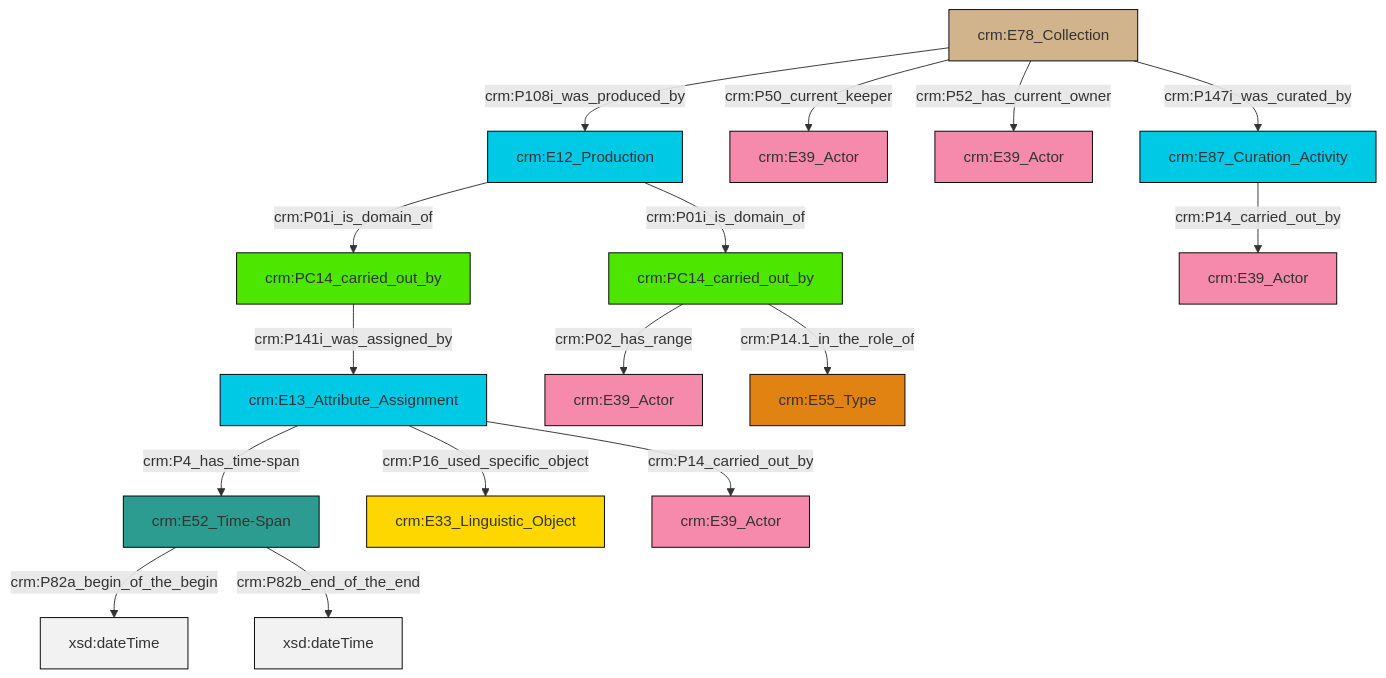
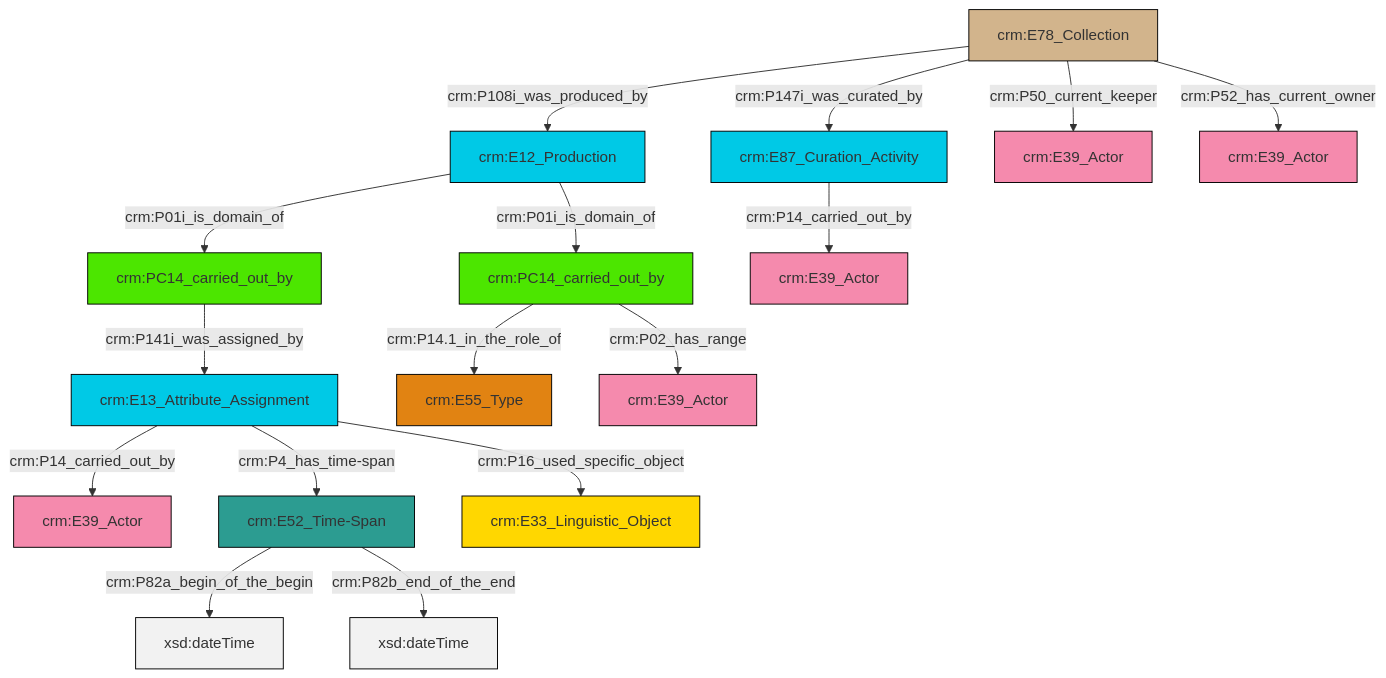
One commit to swiss-art-research-net/docs.swissartresearch changed the diagram in et/archivalCSV/ttl/mmd/archival_relation.ttl.mmd. Above: the diagram before and after it, drawn with Mermaid. The commit also changed 179 other files, not shown here.

```diff
--- a/et/archivalCSV/ttl/mmd/archival_relation.ttl.mmd
+++ b/et/archivalCSV/ttl/mmd/archival_relation.ttl.mmd
@@ -1,30 +1,30 @@
 graph TD
 classDef Literal fill:#f2f2f2,stroke:#000000;
 classDef CRM_Entity fill:#FFFFFF,stroke:#000000;
 classDef Temporal_Entity fill:#00C9E6, stroke:#000000;
 classDef Type fill:#E18312, stroke:#000000;
 classDef Time-Span fill:#2C9C91, stroke:#000000;
 classDef Appellation fill:#FFEB7F, stroke:#000000;
 classDef Place fill:#008836, stroke:#000000;
 classDef Persistent_Item fill:#B266B2, stroke:#000000;
 classDef Conceptual_Object fill:#FFD700, stroke:#000000;
 classDef Physical_Thing fill:#D2B48C, stroke:#000000;
 classDef Actor fill:#f58aad, stroke:#000000;
 classDef PC_Classes fill:#4ce600, stroke:#000000;
 classDef Multi fill:#cccccc,stroke:#000000;
 
-0["crm:PC14_carried_out_by"]:::PC_Classes -->|crm:P02_has_range| 1["crm:E39_Actor"]:::Actor
-3["crm:E12_Production"]:::Temporal_Entity -->|crm:P01i_is_domain_of| 4["crm:PC14_carried_out_by"]:::PC_Classes
-5["crm:E13_Attribute_Assignment"]:::Temporal_Entity -->|crm:P4_has_time-span| 6["crm:E52_Time-Span"]:::Time-Span
-14["crm:E78_Collection"]:::Physical_Thing -->|crm:P108i_was_produced_by| 3["crm:E12_Production"]:::Temporal_Entity
-14["crm:E78_Collection"]:::Physical_Thing -->|crm:P50_current_keeper| 7["crm:E39_Actor"]:::Actor
-6["crm:E52_Time-Span"]:::Time-Span -->|crm:P82a_begin_of_the_begin| 17[xsd:dateTime]:::Literal
-4["crm:PC14_carried_out_by"]:::PC_Classes -->|crm:P141i_was_assigned_by| 5["crm:E13_Attribute_Assignment"]:::Temporal_Entity
-3["crm:E12_Production"]:::Temporal_Entity -->|crm:P01i_is_domain_of| 0["crm:PC14_carried_out_by"]:::PC_Classes
-14["crm:E78_Collection"]:::Physical_Thing -->|crm:P52_has_current_owner| 15["crm:E39_Actor"]:::Actor
-0["crm:PC14_carried_out_by"]:::PC_Classes -->|crm:P14.1_in_the_role_of| 9["crm:E55_Type"]:::Type
-14["crm:E78_Collection"]:::Physical_Thing -->|crm:P147i_was_curated_by| 23["crm:E87_Curation_Activity"]:::Temporal_Entity
-23["crm:E87_Curation_Activity"]:::Temporal_Entity -->|crm:P14_carried_out_by| 21["crm:E39_Actor"]:::Actor
-6["crm:E52_Time-Span"]:::Time-Span -->|crm:P82b_end_of_the_end| 28[xsd:dateTime]:::Literal
-5["crm:E13_Attribute_Assignment"]:::Temporal_Entity -->|crm:P16_used_specific_object| 12["crm:E33_Linguistic_Object"]:::Conceptual_Object
-5["crm:E13_Attribute_Assignment"]:::Temporal_Entity -->|crm:P14_carried_out_by| 26["crm:E39_Actor"]:::Actor
+0["crm:E12_Production"]:::Temporal_Entity -->|crm:P01i_is_domain_of| 4["crm:PC14_carried_out_by"]:::PC_Classes
+5["crm:E78_Collection"]:::Physical_Thing -->|crm:P50_current_keeper| 6["crm:E39_Actor"]:::Actor
+9["crm:E13_Attribute_Assignment"]:::Temporal_Entity -->|crm:P14_carried_out_by| 12["crm:E39_Actor"]:::Actor
+2["crm:E87_Curation_Activity"]:::Temporal_Entity -->|crm:P14_carried_out_by| 15["crm:E39_Actor"]:::Actor
+17["crm:E52_Time-Span"]:::Time-Span -->|crm:P82a_begin_of_the_begin| 18[xsd:dateTime]:::Literal
+5["crm:E78_Collection"]:::Physical_Thing -->|crm:P52_has_current_owner| 19["crm:E39_Actor"]:::Actor
+5["crm:E78_Collection"]:::Physical_Thing -->|crm:P147i_was_curated_by| 2["crm:E87_Curation_Activity"]:::Temporal_Entity
+0["crm:E12_Production"]:::Temporal_Entity -->|crm:P01i_is_domain_of| 13["crm:PC14_carried_out_by"]:::PC_Classes
+4["crm:PC14_carried_out_by"]:::PC_Classes -->|crm:P02_has_range| 23["crm:E39_Actor"]:::Actor
+9["crm:E13_Attribute_Assignment"]:::Temporal_Entity -->|crm:P16_used_specific_object| 25["crm:E33_Linguistic_Object"]:::Conceptual_Object
+9["crm:E13_Attribute_Assignment"]:::Temporal_Entity -->|crm:P4_has_time-span| 17["crm:E52_Time-Span"]:::Time-Span
+17["crm:E52_Time-Span"]:::Time-Span -->|crm:P82b_end_of_the_end| 26[xsd:dateTime]:::Literal
+5["crm:E78_Collection"]:::Physical_Thing -->|crm:P108i_was_produced_by| 0["crm:E12_Production"]:::Temporal_Entity
+4["crm:PC14_carried_out_by"]:::PC_Classes -->|crm:P14.1_in_the_role_of| 20["crm:E55_Type"]:::Type
+13["crm:PC14_carried_out_by"]:::PC_Classes -->|crm:P141i_was_assigned_by| 9["crm:E13_Attribute_Assignment"]:::Temporal_Entity
```
